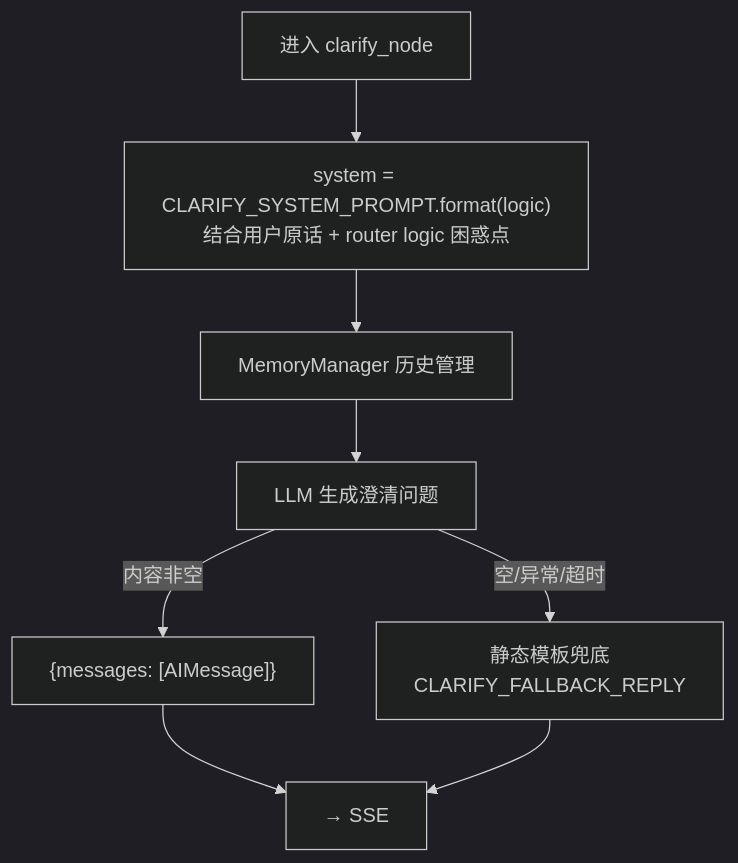
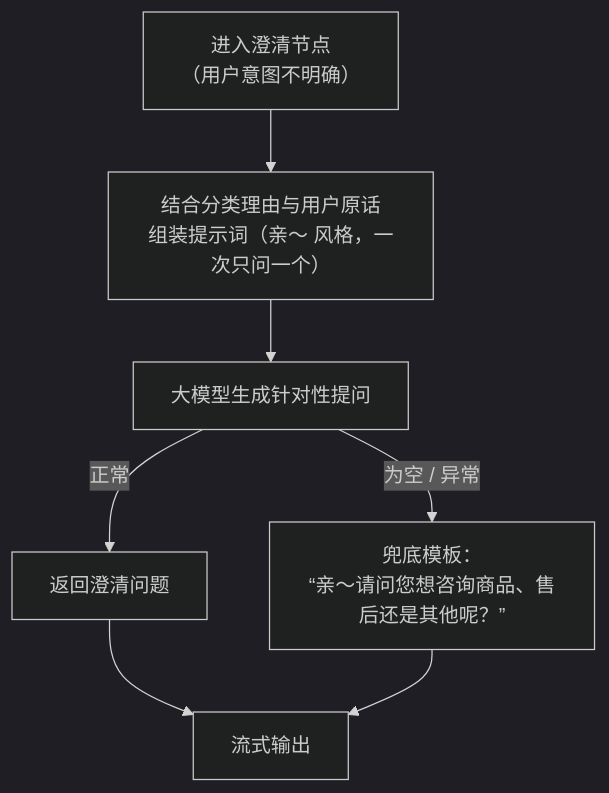
Diagram 16 of 35 in docs/PROJECT_ANALYSIS.md (blowt16/SmartCS-Agent), drawn with Mermaid (dark theme) before and after one commit. The commit also changed other lines of this file, not shown here.

Commit message:
[docs] PROJECT_ANALYSIS §4 流程图优化：全图节点加中文注释、主干化精简流程（22 张图重排 + 补 TimeoutGuard 运行图），保留关键代码实体括注，提升可读性

````diff
--- a/docs/PROJECT_ANALYSIS.md
+++ b/docs/PROJECT_ANALYSIS.md
@@ -623,10 +569,9 @@
 ```mermaid
 flowchart TD
-    A["进入 clarify_node"] --> B["system = CLARIFY_SYSTEM_PROMPT.format(logic)<br/>结合用户原话 + router logic 困惑点"]
-    B --> C["MemoryManager 历史管理"]
-    C --> D["LLM 生成澄清问题"]
-    D -->|"内容非空"| OK["{messages: [AIMessage]}"]
-    D -->|"空/异常/超时"| FB["静态模板兜底<br/>CLARIFY_FALLBACK_REPLY"]
-    OK --> SSE["→ SSE"]
-    FB --> SSE
+    A["进入澄清节点<br/>（用户意图不明确）"] --> B["结合分类理由与用户原话<br/>组装提示词（亲～ 风格，一次只问一个）"]
+    B --> C["大模型生成针对性提问"]
+    C -->|"正常"| D["返回澄清问题"]
+    C -->|"为空 / 异常"| E["兜底模板：<br/>“亲～请问您想咨询商品、售后还是其他呢？”"]
+    D --> F["流式输出"]
+    E --> F
 ```
````
